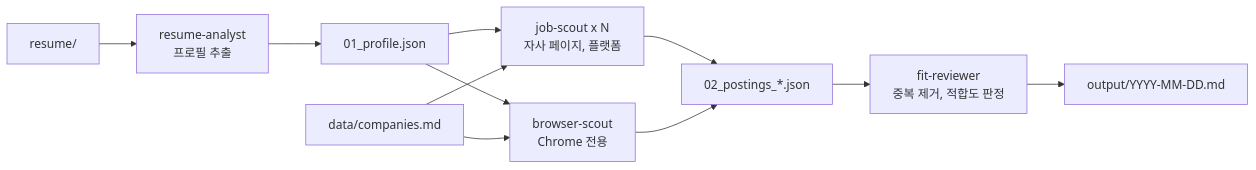
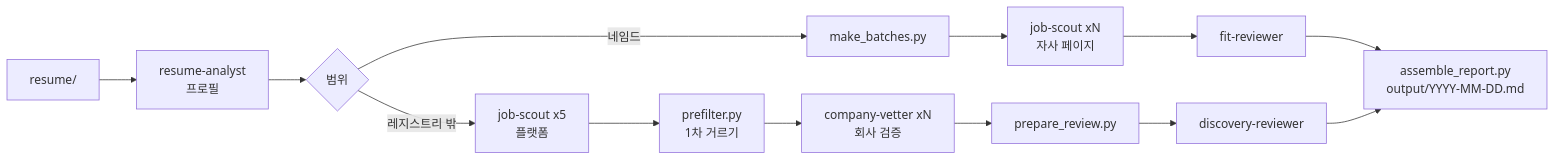
The diagram in README.md (chan9yu/job-fit-harness), drawn with Mermaid before and after one commit. The commit also changed other lines of this file, not shown here.

````diff
--- a/README.md
+++ b/README.md
@@ -47,13 +57,9 @@
 ```mermaid
 flowchart LR
-    R[resume/] --> A[resume-analyst<br/>프로필 추출]
-    A --> P[01_profile.json]
-    P --> S1[job-scout x N<br/>자사 페이지, 플랫폼]
-    P --> B[browser-scout<br/>Chrome 전용]
-    C[data/companies.md] --> S1
-    C --> B
-    S1 --> J[02_postings_*.json]
-    B --> J
-    J --> F[fit-reviewer<br/>중복 제거, 적합도 판정]
-    F --> O[output/YYYY-MM-DD.md]
+    R[resume/] --> A[resume-analyst<br/>프로필]
+    A --> M{범위}
+    M -->|네임드| N1[make_batches.py] --> N2[job-scout xN<br/>자사 페이지] --> N3[fit-reviewer]
+    M -->|레지스트리 밖| D1[job-scout x5<br/>플랫폼] --> D2[prefilter.py<br/>1차 거르기] --> D3[company-vetter xN<br/>회사 검증] --> D4[prepare_review.py] --> D5[discovery-reviewer]
+    N3 --> O[assemble_report.py<br/>output/YYYY-MM-DD.md]
+    D5 --> O
 ```
````
